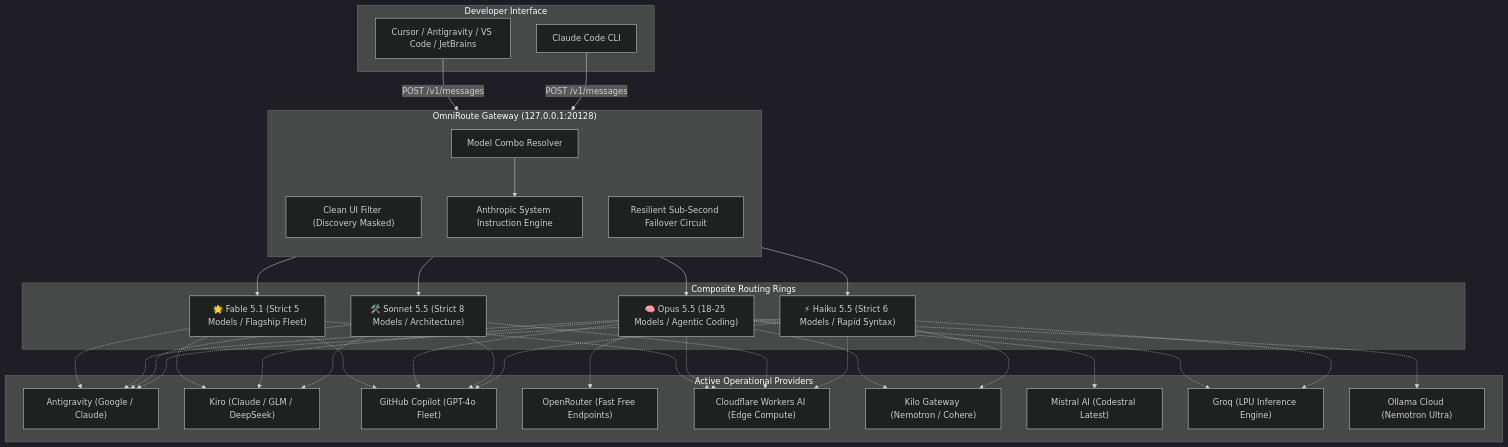
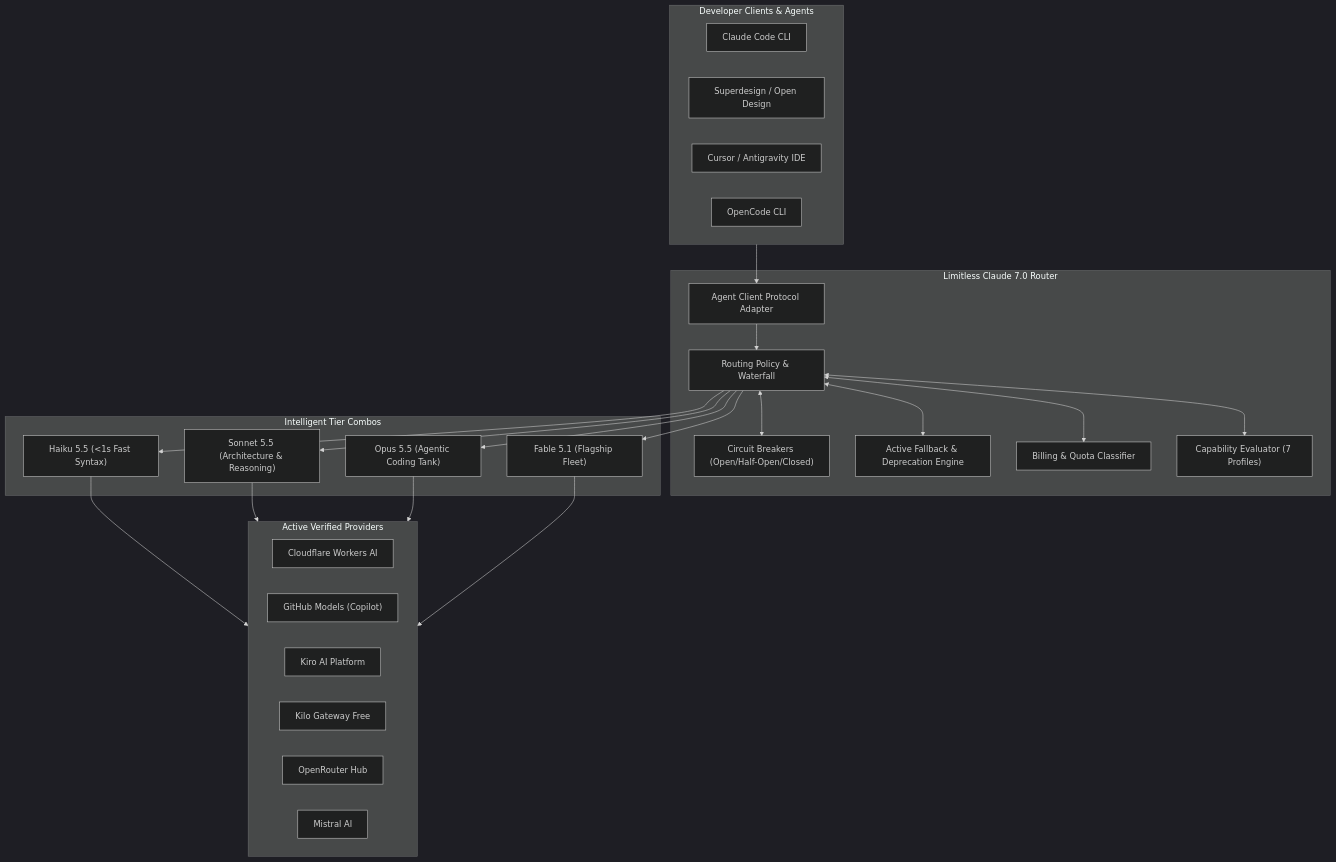
One commit to mahik504/limitless-claude changed the diagram in README.md. Above: the diagram before and after it, drawn with Mermaid (dark theme). The commit also changed other lines of this file and 54 other files, not shown here.

Commit message:
feat: release v7.0.0 - intelligent multi-provider coding router, active fallback engine, circuit breakers, and configuration safety

````diff
--- a/README.md
+++ b/README.md
@@ -44,43 +110,49 @@
 ```mermaid
 flowchart TD
-    subgraph Client["Developer Interface"]
+    subgraph Clients["Developer Clients & Agents"]
         CLI["Claude Code CLI"]
-        IDE["Cursor / Antigravity / VS Code / JetBrains"]
+        SD["Superdesign / Open Design"]
+        IDE["Cursor / Antigravity IDE"]
+        OC["OpenCode CLI"]
     end
 
-    subgraph Gateway["OmniRoute Gateway (127.0.0.1:20128)"]
-        direction TB
-        DISCOVERY["Clean UI Filter (Discovery Masked)"]
-        ROUTER["Model Combo Resolver"]
-        SYSTEM_ENG["Anthropic System Instruction Engine"]
-        FAILOVER["Resilient Sub-Second Failover Circuit"]
+    subgraph RouterCore["Limitless Claude 7.0 Router"]
+        ACM["Agent Client Protocol Adapter"]
+        ROUTER["Routing Policy & Waterfall"]
+        CB["Circuit Breakers (Open/Half-Open/Closed)"]
+        FBE["Active Fallback & Deprecation Engine"]
+        BC["Billing & Quota Classifier"]
+        CE["Capability Evaluator (7 Profiles)"]
     end
 
-    subgraph Tiers["Composite Routing Rings"]
-        HAIKU["⚡ Haiku 5.5 (Strict 6 Models / Rapid Syntax)"]
-        SONNET["🛠️ Sonnet 5.5 (Strict 8 Models / Architecture)"]
-        OPUS["🧠 Opus 5.5 (18-25 Models / Agentic Coding)"]
-        FABLE["🌟 Fable 5.1 (Strict 5 Models / Flagship Fleet)"]
+    subgraph Combos["Intelligent Tier Combos"]
+        H["Haiku 5.5 (<1s Fast Syntax)"]
+        S["Sonnet 5.5 (Architecture & Reasoning)"]
+        O["Opus 5.5 (Agentic Coding Tank)"]
+        F["Fable 5.1 (Flagship Fleet)"]
     end
 
-    subgraph Upstream["Active Operational Providers"]
-        P_AGY["Antigravity (Google / Claude)"]
-        P_KR["Kiro (Claude / GLM / DeepSeek)"]
-        P_GH["GitHub Copilot (GPT-4o Fleet)"]
-        P_OR["OpenRouter (Fast Free Endpoints)"]
-        P_CF["Cloudflare Workers AI (Edge Compute)"]
-        P_KG["Kilo Gateway (Nemotron / Cohere)"]
-        P_MIST["Mistral AI (Codestral Latest)"]
-        P_GROQ["Groq (LPU Inference Engine)"]
-        P_OLL["Ollama Cloud (Nemotron Ultra)"]
+    subgraph Upstream["Active Verified Providers"]
+        P_CF["Cloudflare Workers AI"]
+        P_GH["GitHub Models (Copilot)"]
+        P_KR["Kiro AI Platform"]
+        P_KG["Kilo Gateway Free"]
+        P_OR["OpenRouter Hub"]
+        P_MIST["Mistral AI"]
     end
 
-    CLI -->|POST /v1/messages| ROUTER
-    IDE -->|POST /v1/messages| ROUTER
-    ROUTER --> SYSTEM_ENG
-    SYSTEM_ENG --> HAIKU & SONNET & OPUS & FABLE
-    HAIKU -.-> P_AGY & P_GROQ & P_CF & P_KG & P_GH
-    SONNET -.-> P_KR & P_AGY & P_CF & P_GH
-    OPUS -.-> P_MIST & P_AGY & P_KR & P_CF & P_GROQ & P_KG & P_OLL & P_GH & P_OR
-    FABLE -.-> P_AGY & P_KR & P_GH & P_CF
+    Clients --> ACM
+    ACM --> ROUTER
+    ROUTER <--> CB
+    ROUTER <--> FBE
+    ROUTER <--> BC
+    ROUTER <--> CE
+    ROUTER --> H
+    ROUTER --> S
+    ROUTER --> O
+    ROUTER --> F
+    H --> Upstream
+    S --> Upstream
+    O --> Upstream
+    F --> Upstream
 ```
````
